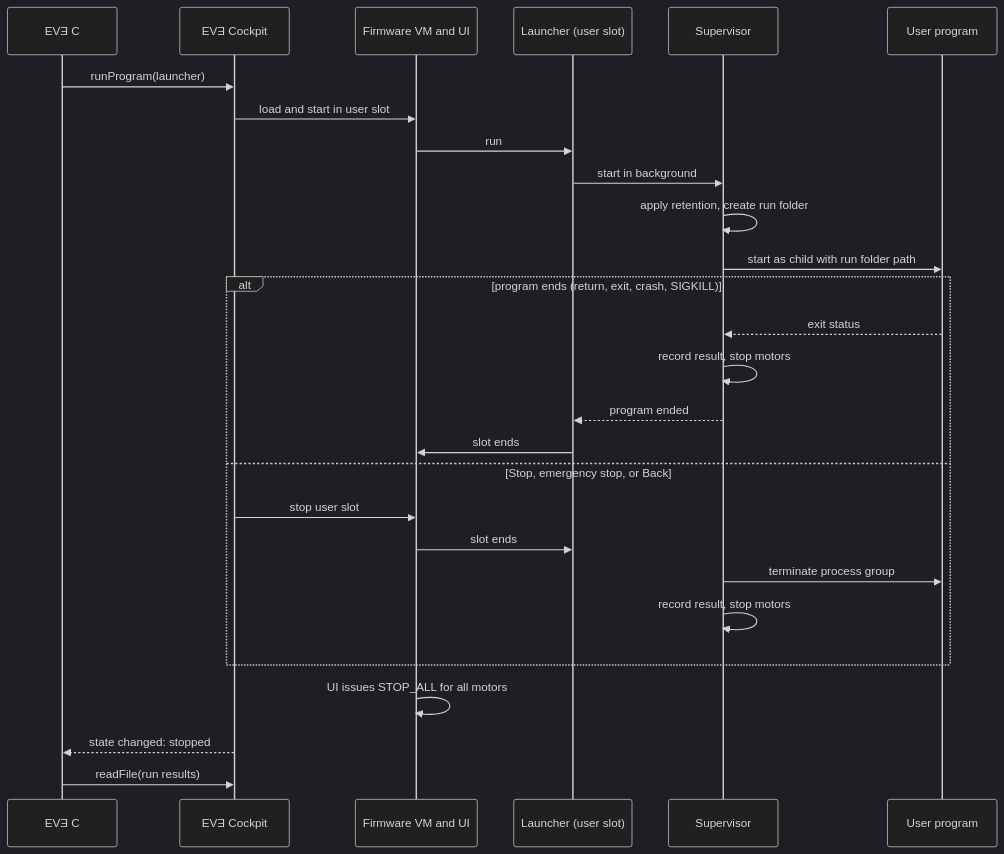
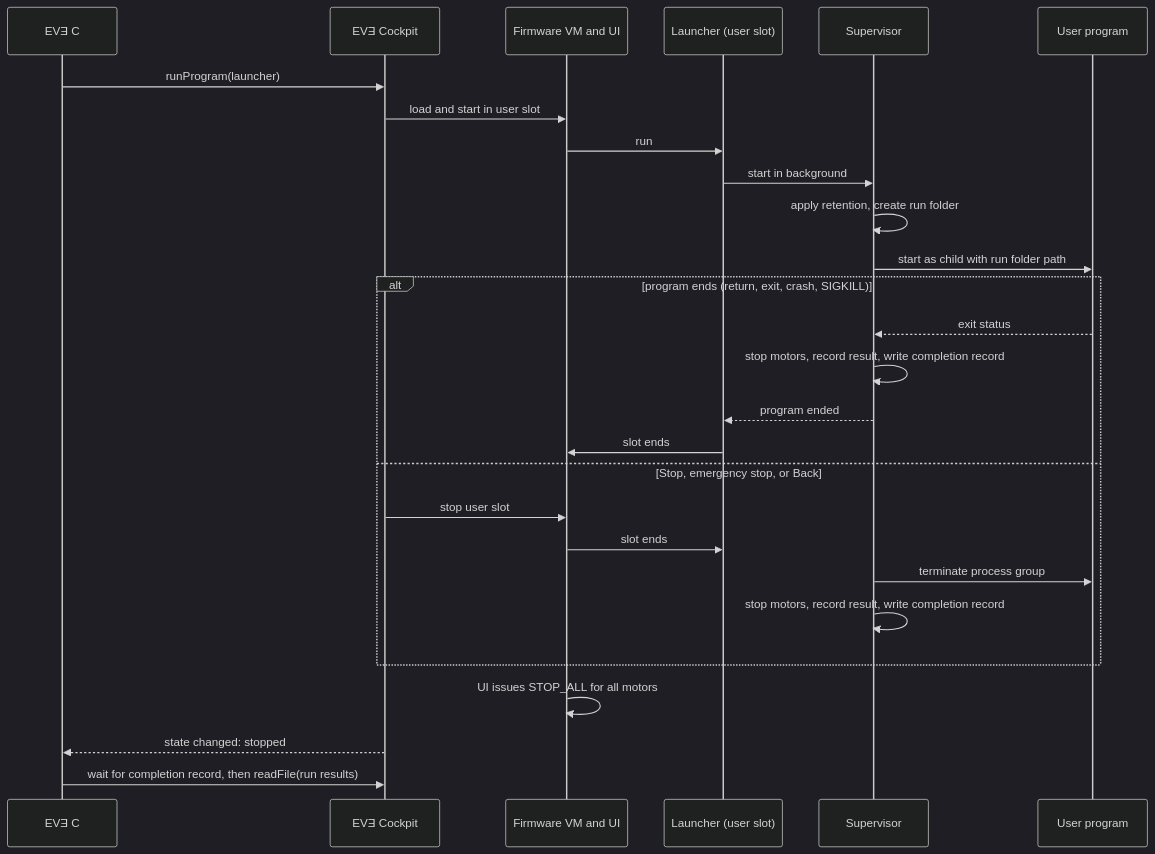
One commit to 99LevelsUp/ev3-c changed the diagram in docs/plans/2026-11-18-1038-feat-program-run-contract-plan.md. Above: the diagram before and after it, drawn with Mermaid (dark theme). The commit also changed other lines of this file, not shown here.

First line of the commit message:
Fix run-state, Back takeover and stop-result races in run contract

````diff
--- a/docs/plans/2026-11-18-1038-feat-program-run-contract-plan.md
+++ b/docs/plans/2026-11-18-1038-feat-program-run-contract-plan.md
@@ -99,29 +99,29 @@
 ```mermaid
 sequenceDiagram
   participant E as EVƎ C
   participant C as EVƎ Cockpit
   participant V as Firmware VM and UI
   participant L as Launcher (user slot)
   participant S as Supervisor
   participant P as User program
   E->>C: runProgram(launcher)
   C->>V: load and start in user slot
   V->>L: run
   L->>S: start in background
   S->>S: apply retention, create run folder
   S->>P: start as child with run folder path
   alt program ends (return, exit, crash, SIGKILL)
     P-->>S: exit status
-    S->>S: record result, stop motors
+    S->>S: stop motors, record result, write completion record
     S-->>L: program ended
     L->>V: slot ends
   else Stop, emergency stop, or Back
     C->>V: stop user slot
     V->>L: slot ends
     S->>P: terminate process group
-    S->>S: record result, stop motors
+    S->>S: stop motors, record result, write completion record
   end
   V->>V: UI issues STOP_ALL for all motors
   C-->>E: state changed: stopped
-  E->>C: readFile(run results)
+  E->>C: wait for completion record, then readFile(run results)
 ```
````
